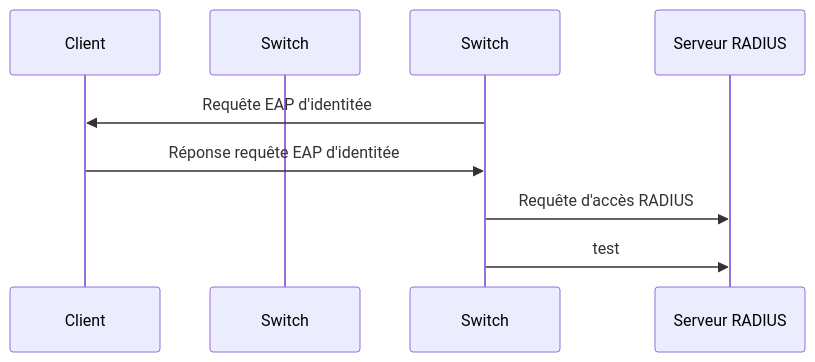
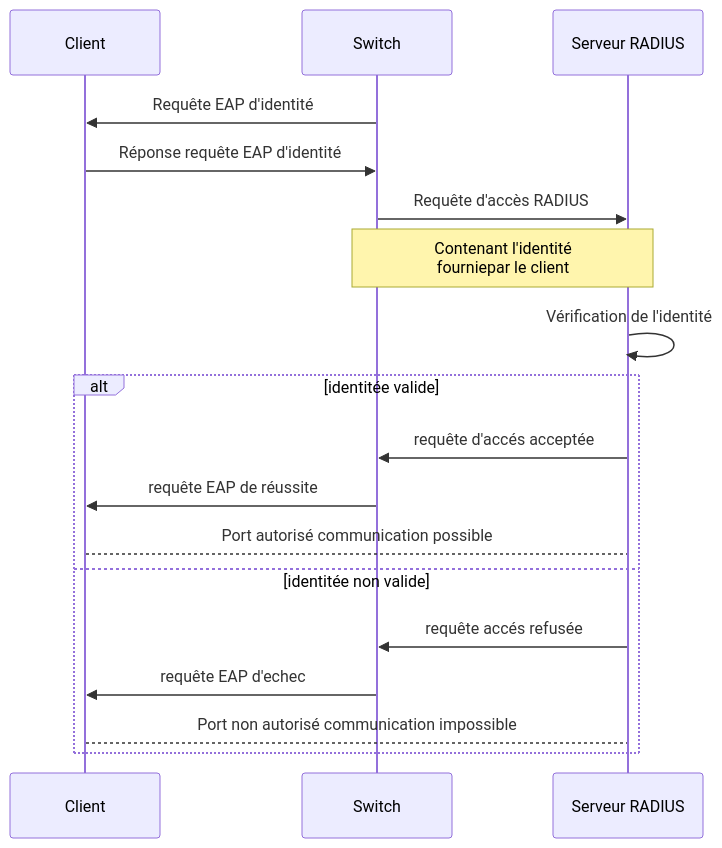
Before and after one commit to Nicoloutree/wiki: the diagram in BUT3/SAE/test.md, drawn with Mermaid. The commit also changed other lines of this file, not shown here.

Commit message:
docs: update BUT3/SAE/test

````diff
--- a/BUT3/SAE/test.md
+++ b/BUT3/SAE/test.md
@@ -13,10 +13,20 @@
-```mermaid
+```mermaid 
   sequenceDiagram
   	participant C as Client
     Participant S as Switch
-    Switch->>C: Requête EAP d'identitée
-    C->>Switch: Réponse requête EAP d'identitée 
-    Switch->>Serveur RADIUS: Requête d'accès RADIUS
-    Switch->>Serveur RADIUS: test
-    
+    Participant SR as Serveur RADIUS
+    S->>C: Requête EAP d'identité
+    C->>S: Réponse requête EAP d'identité 
+    S->>SR: Requête d'accès RADIUS
+    Note over S,SR: Contenant l'identité <br> fourniepar le client
+    SR->>SR: Vérification de l'identité
+    alt identitée valide
+    	SR->>S: requête d'accés acceptée
+      S->>C: requête EAP de réussite
+      C-->SR: Port autorisé communication possible
+    else identitée non valide
+    	SR->>S: requête accés refusée
+      S->>C: requête EAP d'echec
+      C-->SR: Port non autorisé communication impossible
+    end
 ```
````
